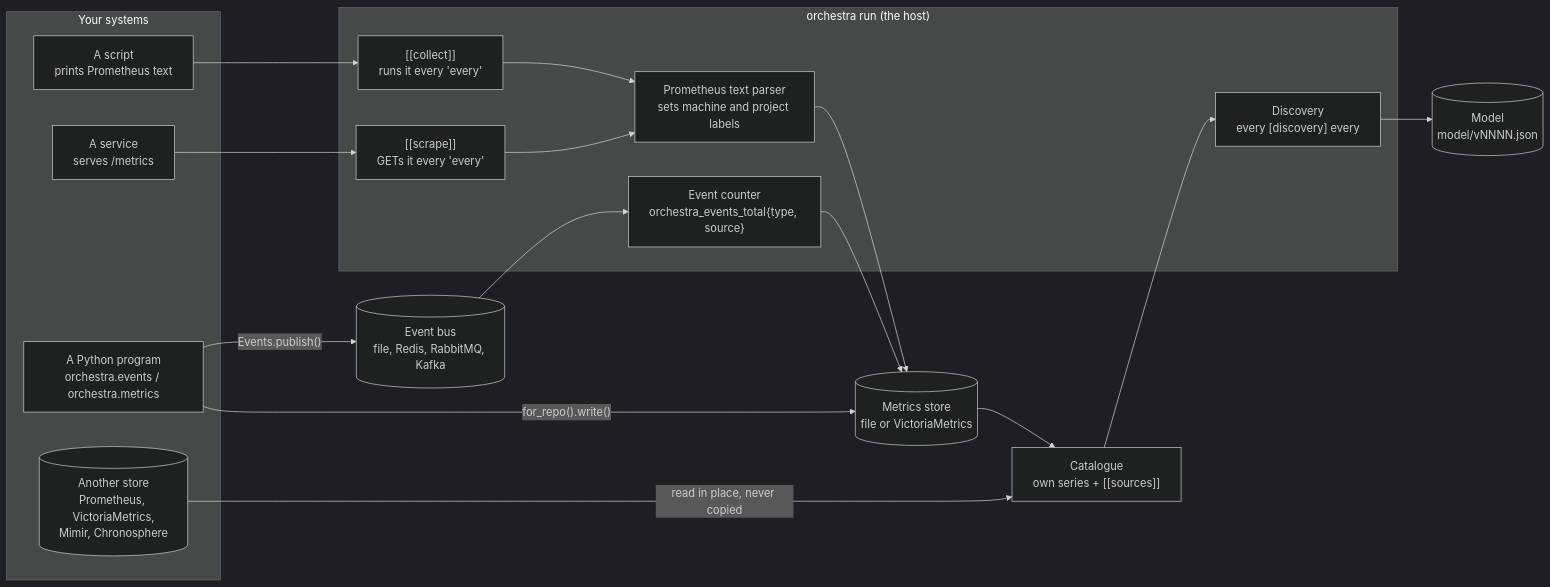
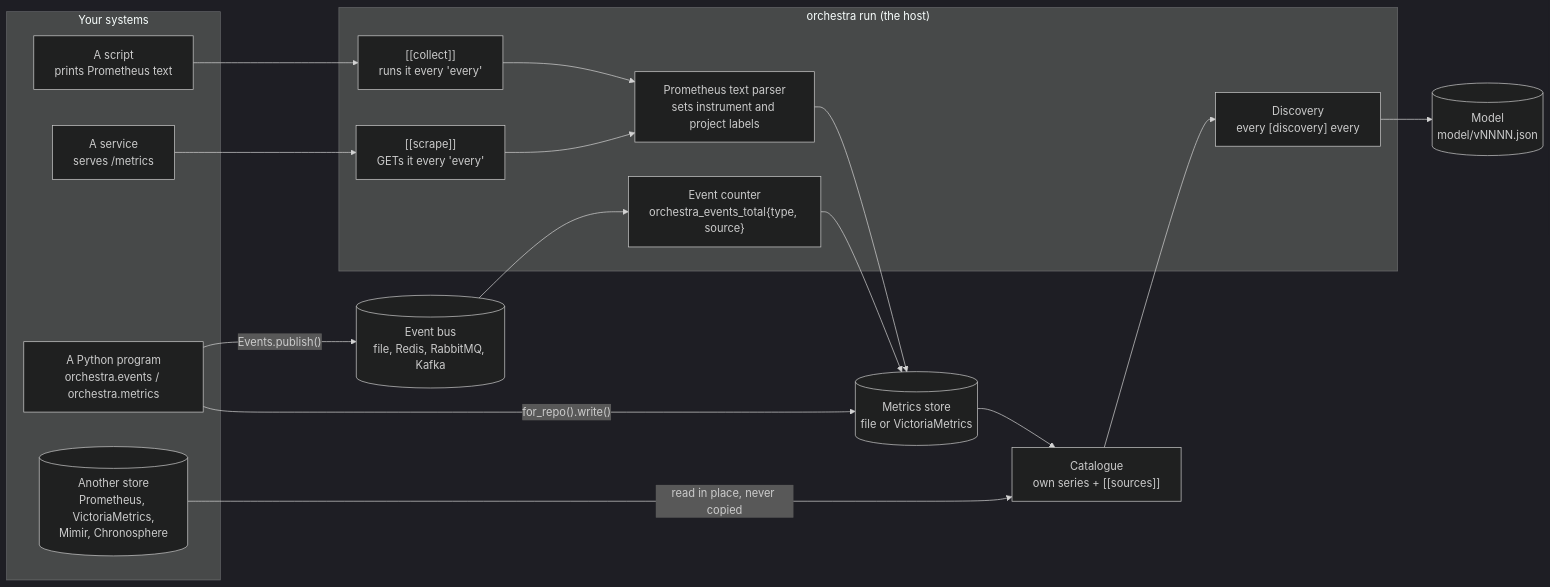
The second of 4 diagrams in USING_ORCHESTRA.md (danroblewis/orchestra), drawn with Mermaid (dark theme) before and after one commit. The commit also changed other lines of this file and 52 other files, not shown here.

First line of the commit message:
Measurements are not machines: instruments, and machines associated with flows only as hypotheses

````diff
--- a/USING_ORCHESTRA.md
+++ b/USING_ORCHESTRA.md
@@ -346,32 +408,32 @@
 ```mermaid
 flowchart LR
     subgraph yours["Your systems"]
         script["A script<br/>prints Prometheus text"]
         svc["A service<br/>serves /metrics"]
         remote[("Another store<br/>Prometheus, VictoriaMetrics,<br/>Mimir, Chronosphere")]
         py["A Python program<br/>orchestra.events / orchestra.metrics"]
     end
 
     subgraph host["orchestra run (the host)"]
         collect["[[collect]]<br/>runs it every 'every'"]
         scrape["[[scrape]]<br/>GETs it every 'every'"]
-        parse["Prometheus text parser<br/>sets machine and project labels"]
+        parse["Prometheus text parser<br/>sets instrument and project labels"]
         counter["Event counter<br/>orchestra_events_total{type, source}"]
         disc["Discovery<br/>every [discovery] every"]
     end
 
     store[("Metrics store<br/>file or VictoriaMetrics")]
     bus[("Event bus<br/>file, Redis, RabbitMQ, Kafka")]
     cat["Catalogue<br/>own series + [[sources]]"]
     model[("Model<br/>model/vNNNN.json")]
 
     script --> collect --> parse
     svc --> scrape --> parse
     parse --> store
     py -- "for_repo().write()" --> store
     py -- "Events.publish()" --> bus
     bus --> counter --> store
     store --> cat
     remote -- "read in place, never copied" --> cat
     cat --> disc --> model
 ```
````
